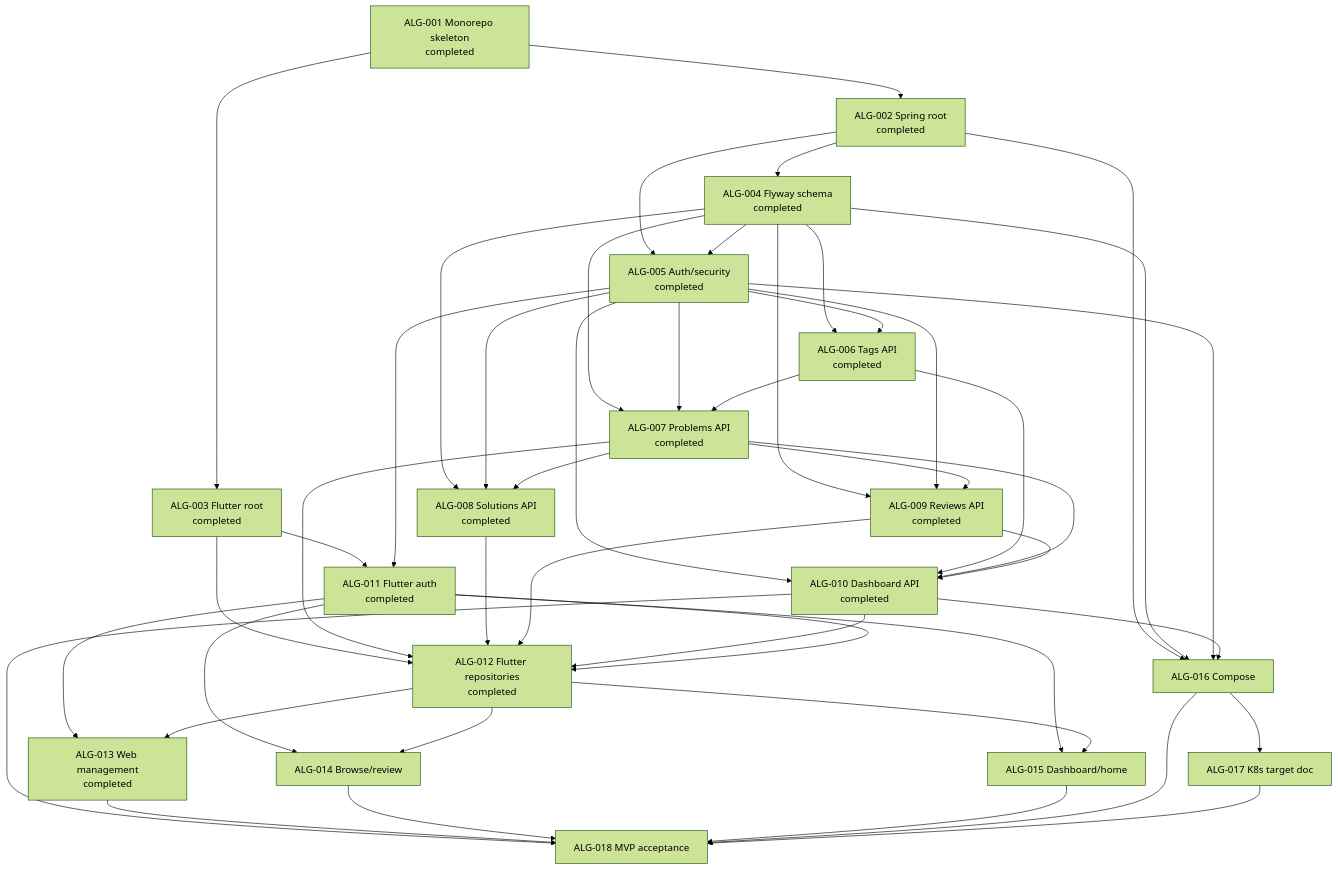
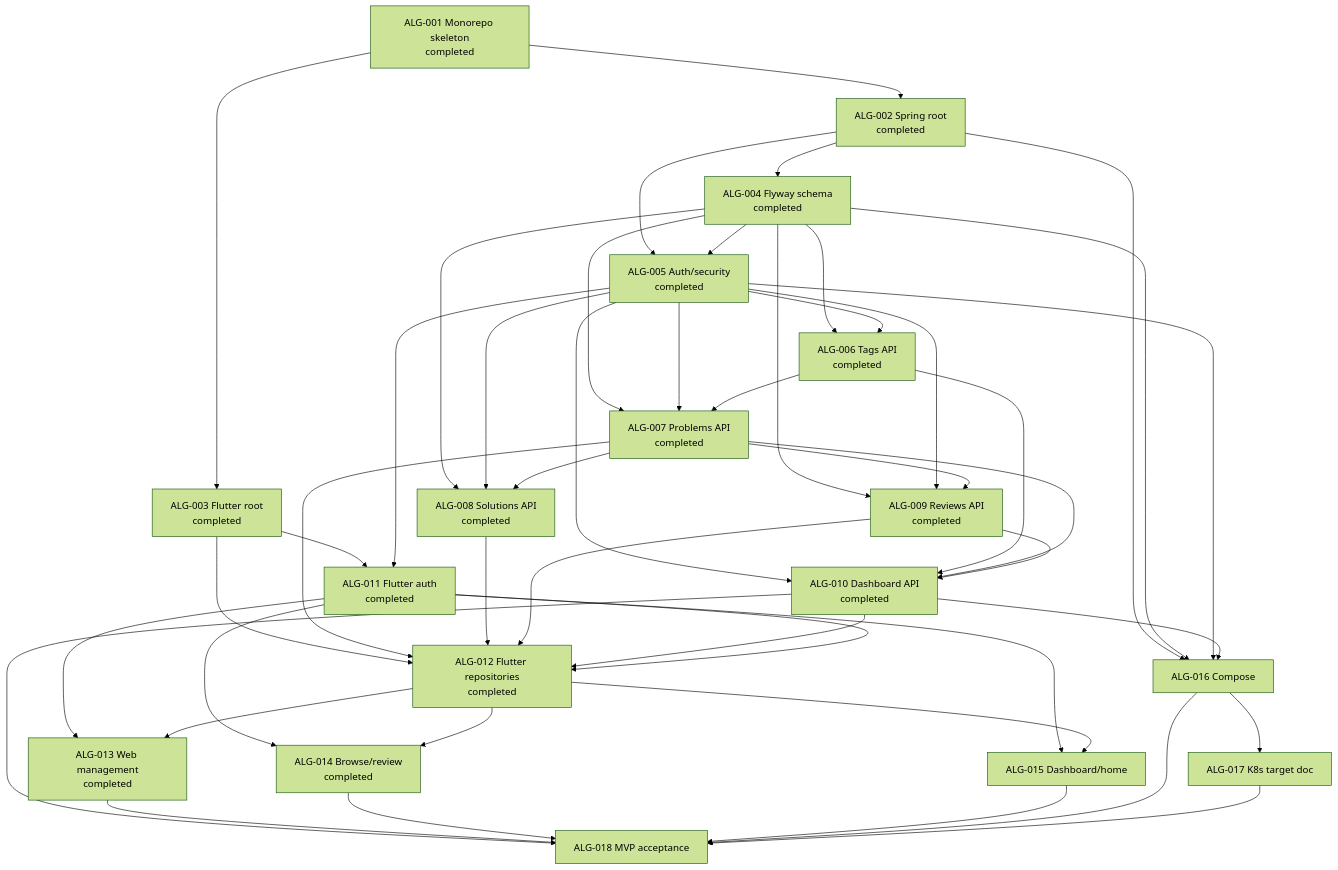
The diagram in agent-workflow/WORK_GRAPH.md (allenljf/algorithm-learning), drawn with Mermaid (forest theme) before and after one commit. The commit also changed 7 other files, not shown here.

````diff
--- a/agent-workflow/WORK_GRAPH.md
+++ b/agent-workflow/WORK_GRAPH.md
@@ -3,67 +3,67 @@
 ```mermaid
 flowchart TD
   T1[ALG-001 Monorepo skeleton\ncompleted]
   T2[ALG-002 Spring root\ncompleted]
   T3[ALG-003 Flutter root\ncompleted]
   T4[ALG-004 Flyway schema\ncompleted]
   T5[ALG-005 Auth/security\ncompleted]
   T6[ALG-006 Tags API\ncompleted]
   T7[ALG-007 Problems API\ncompleted]
   T8[ALG-008 Solutions API\ncompleted]
   T9[ALG-009 Reviews API\ncompleted]
   T10[ALG-010 Dashboard API\ncompleted]
   T11[ALG-011 Flutter auth\ncompleted]
   T12[ALG-012 Flutter repositories\ncompleted]
   T13[ALG-013 Web management\ncompleted]
-  T14[ALG-014 Browse/review]
+  T14[ALG-014 Browse/review\ncompleted]
   T15[ALG-015 Dashboard/home]
   T16[ALG-016 Compose]
   T17[ALG-017 K8s target doc]
   T18[ALG-018 MVP acceptance]
 
   T1 --> T2
   T1 --> T3
   T2 --> T4
   T2 --> T5
   T4 --> T5
   T4 --> T6
   T5 --> T6
   T4 --> T7
   T5 --> T7
   T6 --> T7
   T4 --> T8
   T5 --> T8
   T7 --> T8
   T4 --> T9
   T5 --> T9
   T7 --> T9
   T5 --> T10
   T6 --> T10
   T7 --> T10
   T9 --> T10
   T3 --> T11
   T5 --> T11
   T3 --> T12
   T7 --> T12
   T8 --> T12
   T9 --> T12
   T10 --> T12
   T11 --> T12
   T11 --> T13
   T12 --> T13
   T11 --> T14
   T12 --> T14
   T11 --> T15
   T12 --> T15
   T2 --> T16
   T4 --> T16
   T5 --> T16
   T10 --> T16
   T16 --> T17
   T10 --> T18
   T13 --> T18
   T14 --> T18
   T15 --> T18
   T16 --> T18
   T17 --> T18
 ```
````
